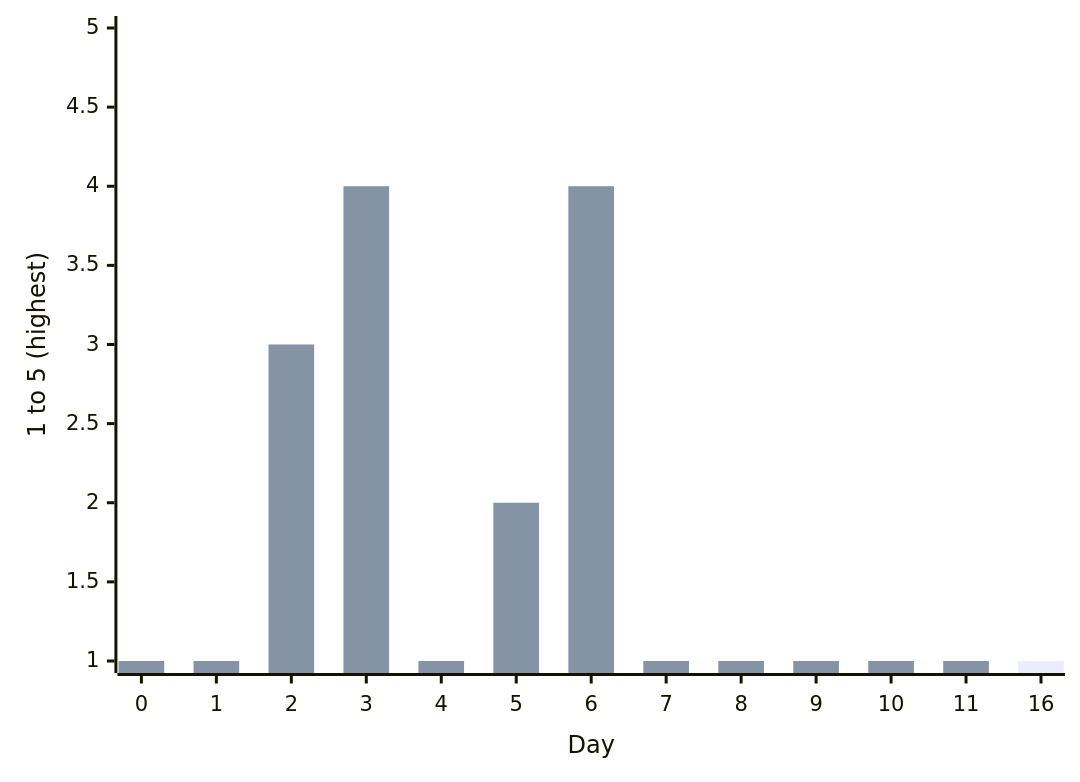
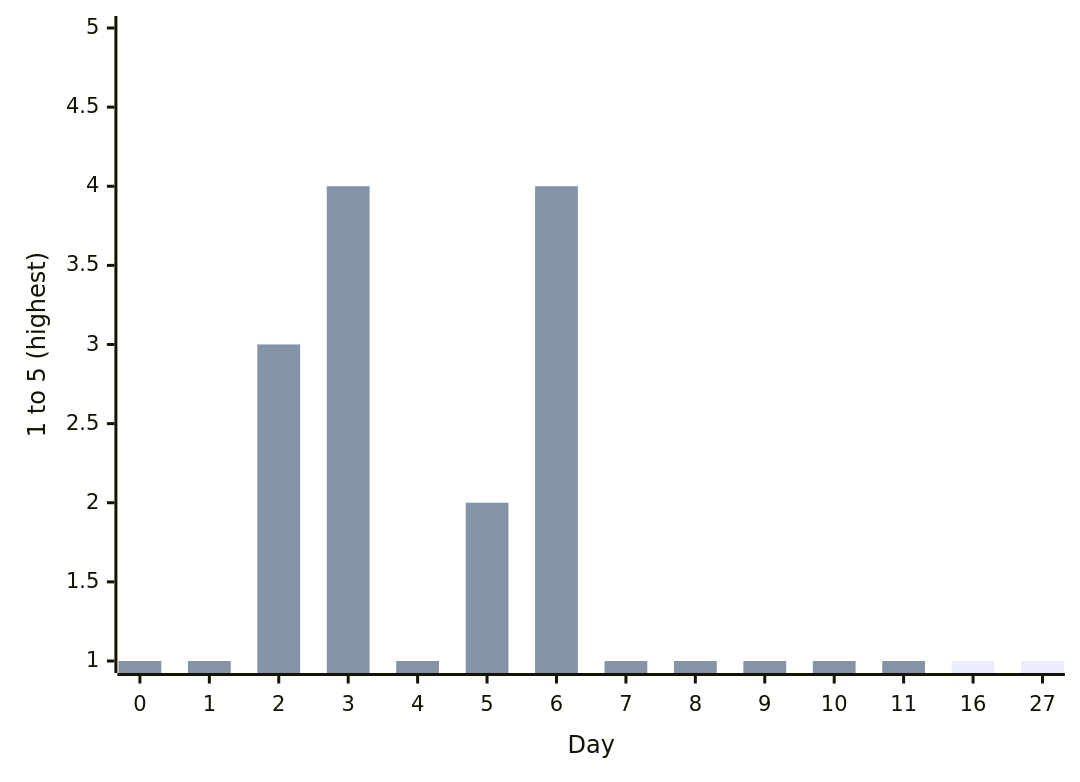
The eighth of 16 diagrams in docs/articles/posts/personal-development/experience-strict-fasting-8days/experience-strict-fasting-8days.md (phil-m-kopp/phil-m-kopp.github.io), drawn with Mermaid before and after one commit. The commit also changed other lines of this file and 7 other files, not shown here.

````diff
--- a/docs/articles/posts/personal-development/experience-strict-fasting-8days/experience-strict-fasting-8days.md
+++ b/docs/articles/posts/personal-development/experience-strict-fasting-8days/experience-strict-fasting-8days.md
@@ -252,8 +262,8 @@
 ``` mermaid
 xychart-beta
-        x-axis "Day" [0, 1, 2, 3, 4, 5, 6, 7, 8, 9, 10, 11, 16]
+        x-axis "Day" [0, 1, 2, 3, 4, 5, 6, 7, 8, 9, 10, 11, 16, 27]
         y-axis "1 to 5 (highest)" 1 --> 5
 
-        bar "Pain" [1, 1, 3, 4, 1, 2, 4, 1, 1, 1, 1, 1, 1]
+        bar "Pain" [1, 1, 3, 4, 1, 2, 4, 1, 1, 1, 1, 1, 1, 1]
         bar "Pain" [1, 1, 3, 4, 1, 2, 4, 1, 1, 1, 1, 1]
 ```
````
